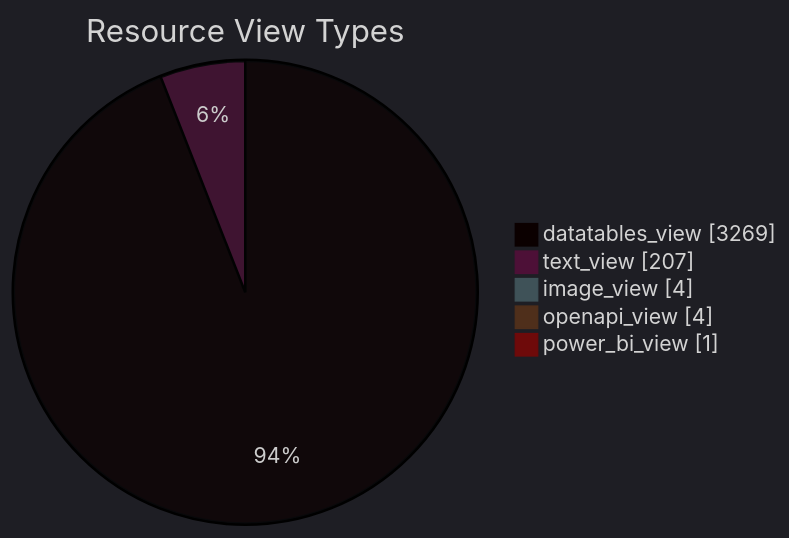
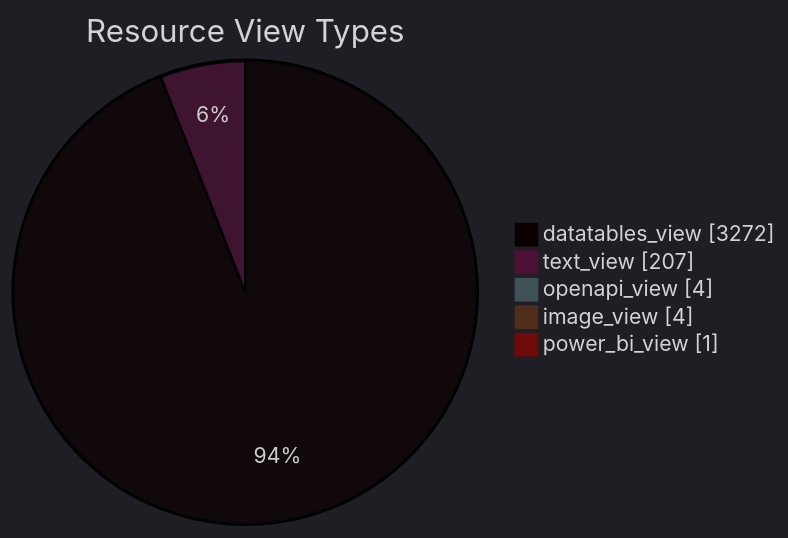
Before and after one commit to open-data/analytics-corporate-reporting: the diagram in datastore_tracker/resource_view_types_pie_chart.md, drawn with Mermaid. The commit also changed 9 other files, not shown here.

````diff
--- a/datastore_tracker/resource_view_types_pie_chart.md
+++ b/datastore_tracker/resource_view_types_pie_chart.md
@@ -2,12 +2,12 @@
 ```mermaid
 ---
 config:
   theme: dark
 ---
 pie showData title Resource View Types
-    "datatables_view": 3269
+    "datatables_view": 3272
     "text_view": 207
+    "openapi_view": 4
     "image_view": 4
-    "openapi_view": 4
     "power_bi_view": 1
 ```
````
